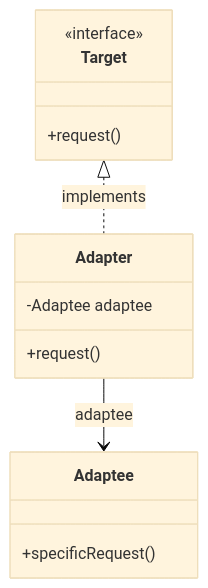
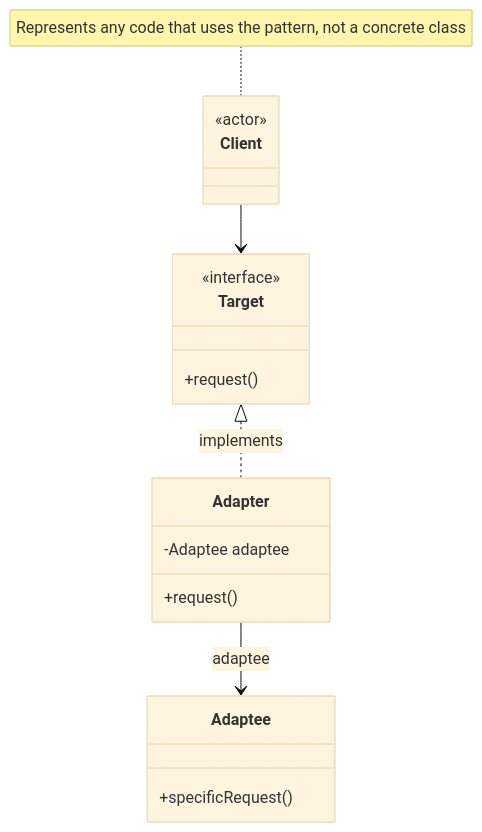
One commit to ForeverAProgrammer/portfolio changed the first of 2 diagrams in docs/design-patterns/structural/adapter.md. Above: the diagram before and after it, drawn with Mermaid (base theme). The commit also changed other lines of this file, not shown here.

Commit message:
Added client to adapter pattern page

````diff
--- a/docs/design-patterns/structural/adapter.md
+++ b/docs/design-patterns/structural/adapter.md
@@ -29,18 +29,22 @@
 ```mermaid
 classDiagram
+    class Client {
+        <<actor>>
+    }
     class Target {
         <<interface>>
         +request()
     }
     class Adapter {
         -Adaptee adaptee
         +request()
     }
     class Adaptee {
         +specificRequest()
     }
-
+    note for Client "Represents any code that uses the pattern, not a concrete class"
+    Client --> Target
     Target <|.. Adapter : implements
     Adapter --> Adaptee : adaptee
 
 ```
````
